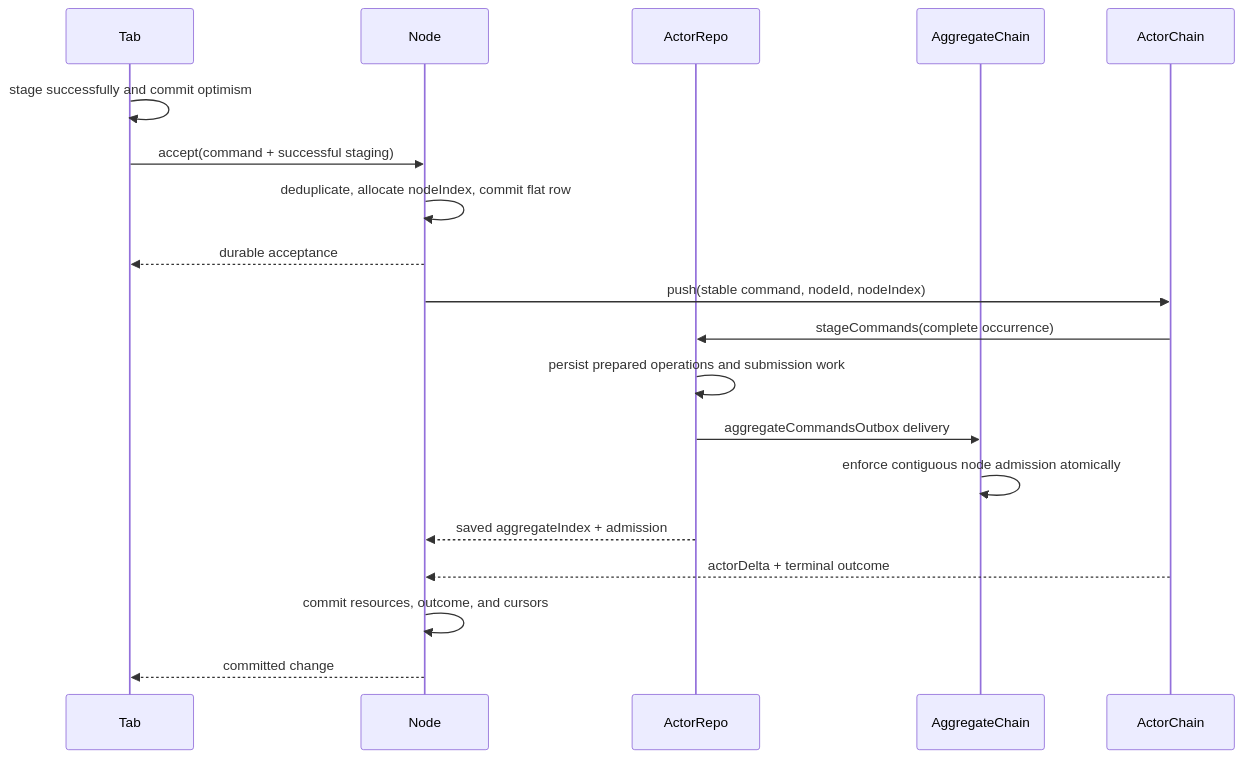
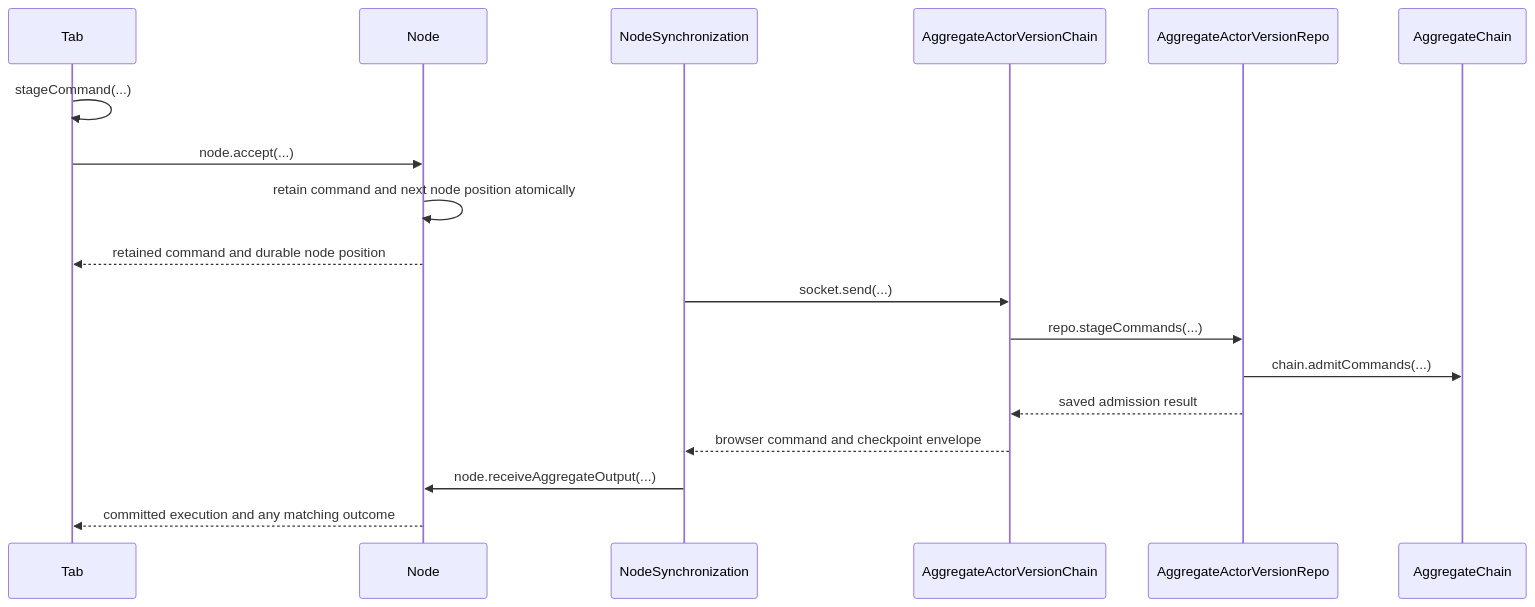
One commit to morgs32/qrk.sh changed the diagram in wiki/architecture/browser/PushSequence.md. Above: the diagram before and after it, drawn with Mermaid. The commit also changed other lines of this file and 1035 other files, not shown here.

````diff
--- a/wiki/architecture/browser/PushSequence.md
+++ b/wiki/architecture/browser/PushSequence.md
@@ -12,21 +15,20 @@
 ```mermaid
 sequenceDiagram
   participant Tab
   participant Node
-  participant ActorRepo
+  participant NodeSynchronization
+  participant AggregateActorVersionChain
+  participant AggregateActorVersionRepo
   participant AggregateChain
-  participant ActorChain
-  Tab->>Tab: stage successfully and commit optimism
-  Tab->>Node: accept(command + successful staging)
-  Node->>Node: deduplicate, allocate nodeIndex, commit flat row
-  Node-->>Tab: durable acceptance
-  Node->>ActorChain: push(stable command, nodeId, nodeIndex)
-  ActorChain->>ActorRepo: stageCommands(complete occurrence)
-  ActorRepo->>ActorRepo: persist prepared operations and submission work
-  ActorRepo->>AggregateChain: aggregateCommandsOutbox delivery
-  AggregateChain->>AggregateChain: enforce contiguous node admission atomically
-  ActorRepo-->>Node: saved aggregateIndex + admission
-  ActorChain-->>Node: actorDelta + terminal outcome
-  Node->>Node: commit resources, outcome, and cursors
-  Node-->>Tab: committed change
+  Tab->>Tab: stageCommand(...)
+  Tab->>Node: node.accept(...)
+  Node->>Node: retain command and next node position atomically
+  Node-->>Tab: retained command and durable node position
+  NodeSynchronization->>AggregateActorVersionChain: socket.send(...)
+  AggregateActorVersionChain->>AggregateActorVersionRepo: repo.stageCommands(...)
+  AggregateActorVersionRepo->>AggregateChain: chain.admitCommands(...)
+  AggregateActorVersionRepo-->>AggregateActorVersionChain: saved admission result
+  AggregateActorVersionChain-->>NodeSynchronization: browser command and checkpoint envelope
+  NodeSynchronization->>Node: node.receiveAggregateOutput(...)
+  Node-->>Tab: committed execution and any matching outcome
 ```
````
